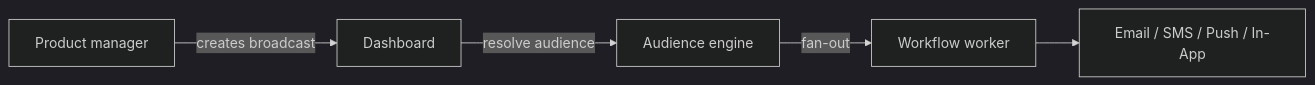
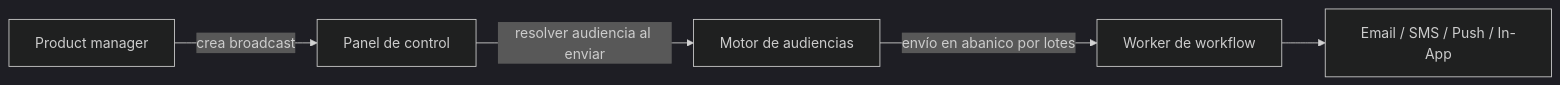
The diagram in content/docs/es/platform/features/broadcasts.mdx (KriyanshKhunt/nexus_docs), drawn with Mermaid (dark theme) before and after one commit. The commit also changed other lines of this file and 29 other files, not shown here.

````diff
--- a/content/docs/es/platform/features/broadcasts.mdx
+++ b/content/docs/es/platform/features/broadcasts.mdx
@@ -16,7 +19,7 @@
 ```mermaid
 flowchart LR
-  PM[Product manager] -->|creates broadcast| Dash[Dashboard]
-  Dash -->|resolve audience| Aud[Audience engine]
-  Aud -->|fan-out| Worker[Workflow worker]
+  PM[Product manager] -->|crea broadcast| Dash[Panel de control]
+  Dash -->|resolver audiencia al enviar| Aud[Motor de audiencias]
+  Aud -->|envío en abanico por lotes| Worker[Worker de workflow]
   Worker --> Ch[Email / SMS / Push / In-App]
 ```
````
